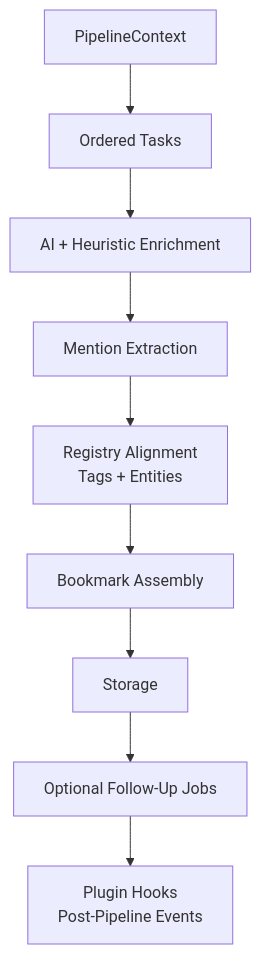
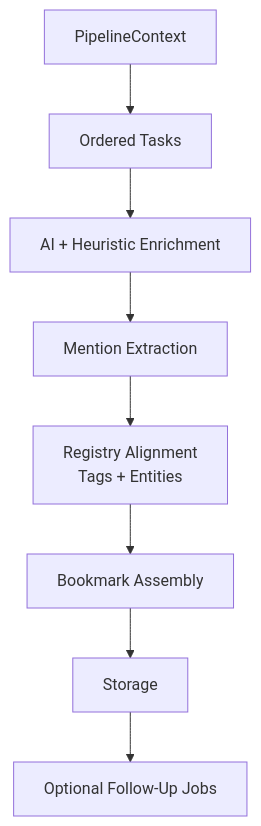
The first of 3 diagrams in docs/ctxt/pipelines.md (ContextHelp/ContextHelp), drawn with Mermaid before and after one commit. The commit also changed other lines of this file and 152 other files, not shown here.

````diff
--- a/docs/ctxt/pipelines.md
+++ b/docs/ctxt/pipelines.md
@@ -24,11 +22,10 @@
 ```mermaid
 flowchart TD
     A[PipelineContext] --> B[Ordered Tasks]
     B --> C[AI + Heuristic Enrichment]
     C --> D[Mention Extraction]
     D --> E[Registry Alignment<br/>Tags + Entities]
     E --> F[Bookmark Assembly]
     F --> G[Storage]
     G --> H[Optional Follow-Up Jobs]
-    H --> I[Plugin Hooks<br/>Post-Pipeline Events]
 ```
````
